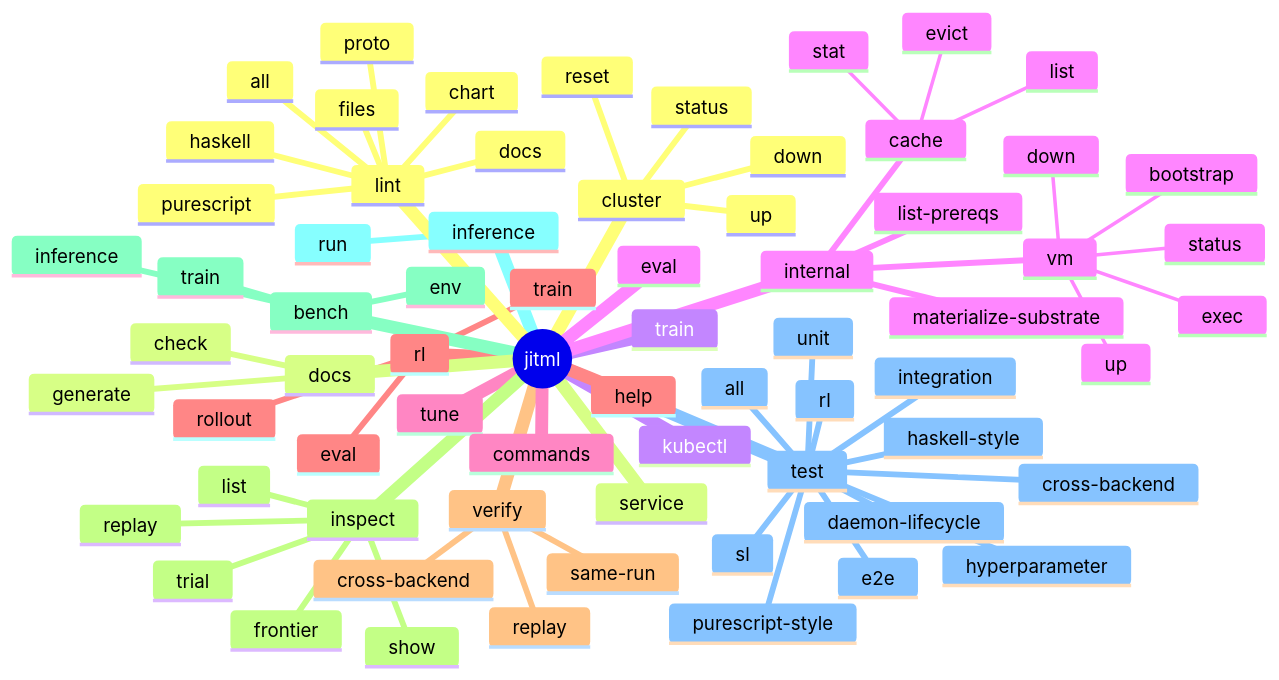
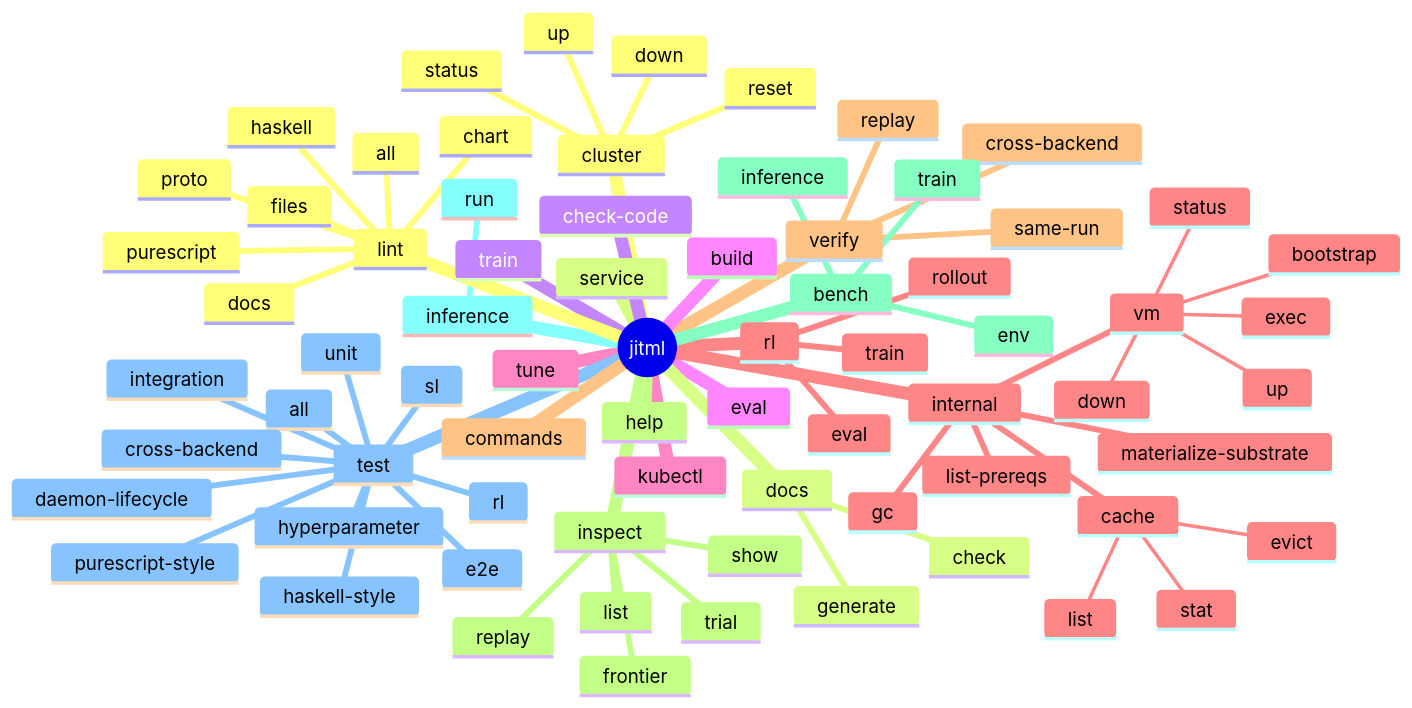
The first of 4 diagrams in README.md (Tuee22/jitML), drawn with Mermaid before and after one commit. The commit also changed other lines of this file and 21 other files, not shown here.

````diff
--- a/README.md
+++ b/README.md
@@ -567,72 +574,75 @@
 ```mermaid
 mindmap
   root((jitml))
     cluster
       up
       down
       status
       reset
     service
     train
     eval
     tune
     rl
       train
       eval
       rollout
     verify
       same-run
       cross-backend
       replay
     inspect
       list
       show
       replay
       trial
       frontier
     bench
       train
       inference
       env
     inference
       run
     test
       all
       unit
       integration
       sl
       rl
       hyperparameter
       cross-backend
       daemon-lifecycle
       e2e
       haskell-style
       purescript-style
     lint
       files
       docs
       proto
       chart
       haskell
       purescript
       all
     docs
       check
       generate
+    check-code
+    build
     kubectl
     internal
       materialize-substrate
       list-prereqs
+      gc
       vm
         bootstrap
         up
         down
         status
         exec
       cache
         stat
         list
         evict
     commands
     help
 ```
````
